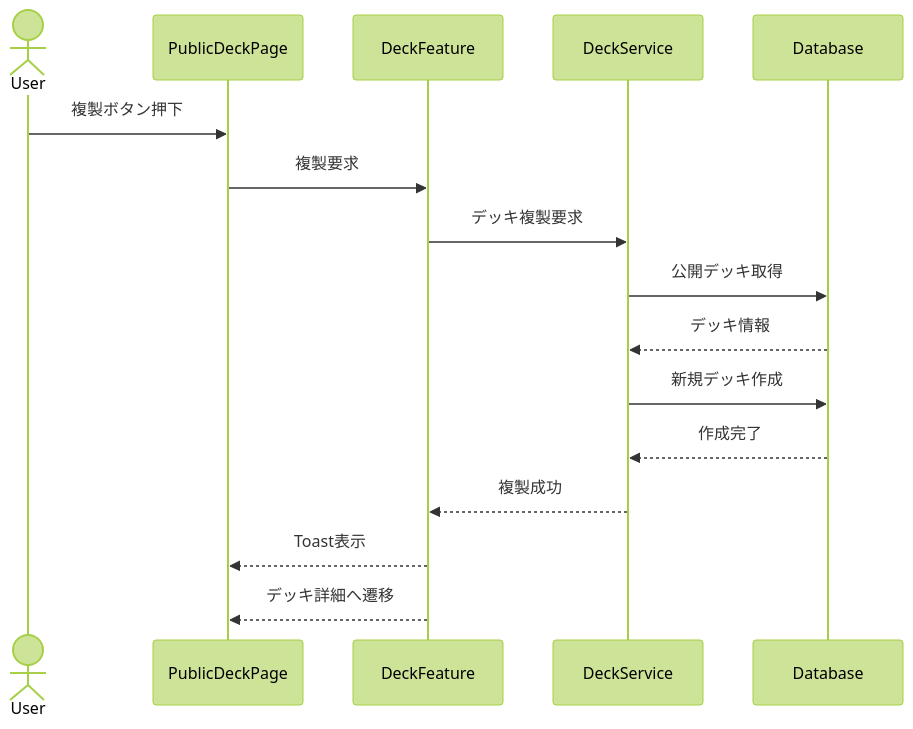
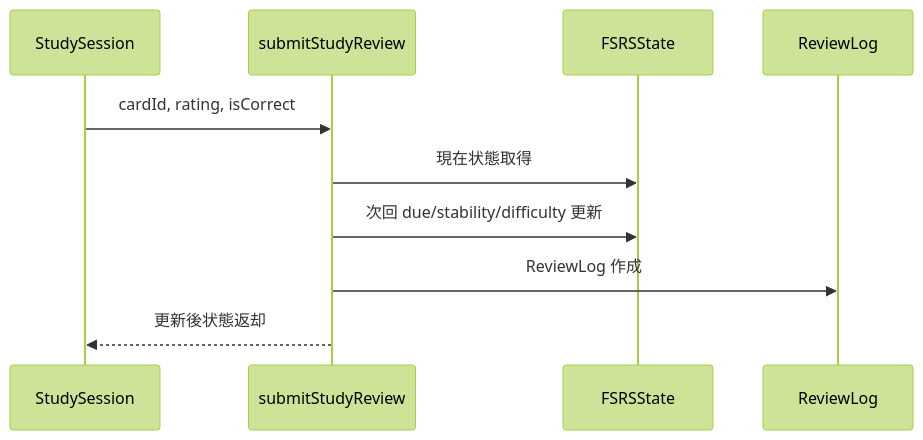
The fourth of 5 diagrams in docs/基本設計書.md (oniemikel/english-learning-tool), drawn with Mermaid (forest theme) before and after one commit. The commit also changed other lines of this file and 2 other files, not shown here.

````diff
--- a/docs/基本設計書.md
+++ b/docs/基本設計書.md
@@ -5922,19 +159,13 @@
 ```mermaid
 sequenceDiagram
-    actor User
-    participant Page as PublicDeckPage
-    participant Feature as DeckFeature
-    participant Service as DeckService
-    participant DB as Database
+  participant S as StudySession
+  participant R as submitStudyReview
+  participant F as FSRSState
+  participant L as ReviewLog
 
-    User->>Page: 複製ボタン押下
-    Page->>Feature: 複製要求
-    Feature->>Service: デッキ複製要求
-    Service->>DB: 公開デッキ取得
-    DB-->>Service: デッキ情報
-    Service->>DB: 新規デッキ作成
-    DB-->>Service: 作成完了
-    Service-->>Feature: 複製成功
-    Feature-->>Page: Toast表示
-    Feature-->>Page: デッキ詳細へ遷移
+  S->>R: cardId, rating, isCorrect
+  R->>F: 現在状態取得
+  R->>F: 次回 due/stability/difficulty 更新
+  R->>L: ReviewLog 作成
+  R-->>S: 更新後状態返却
 ```
````
